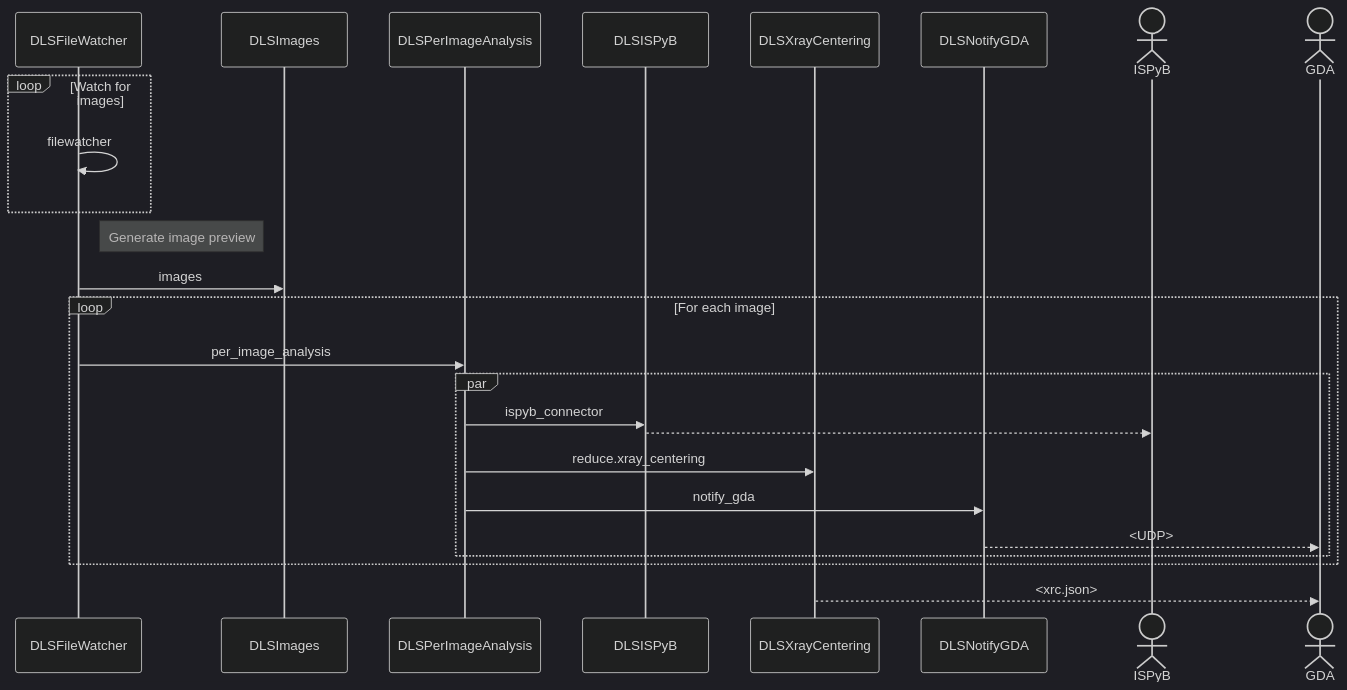
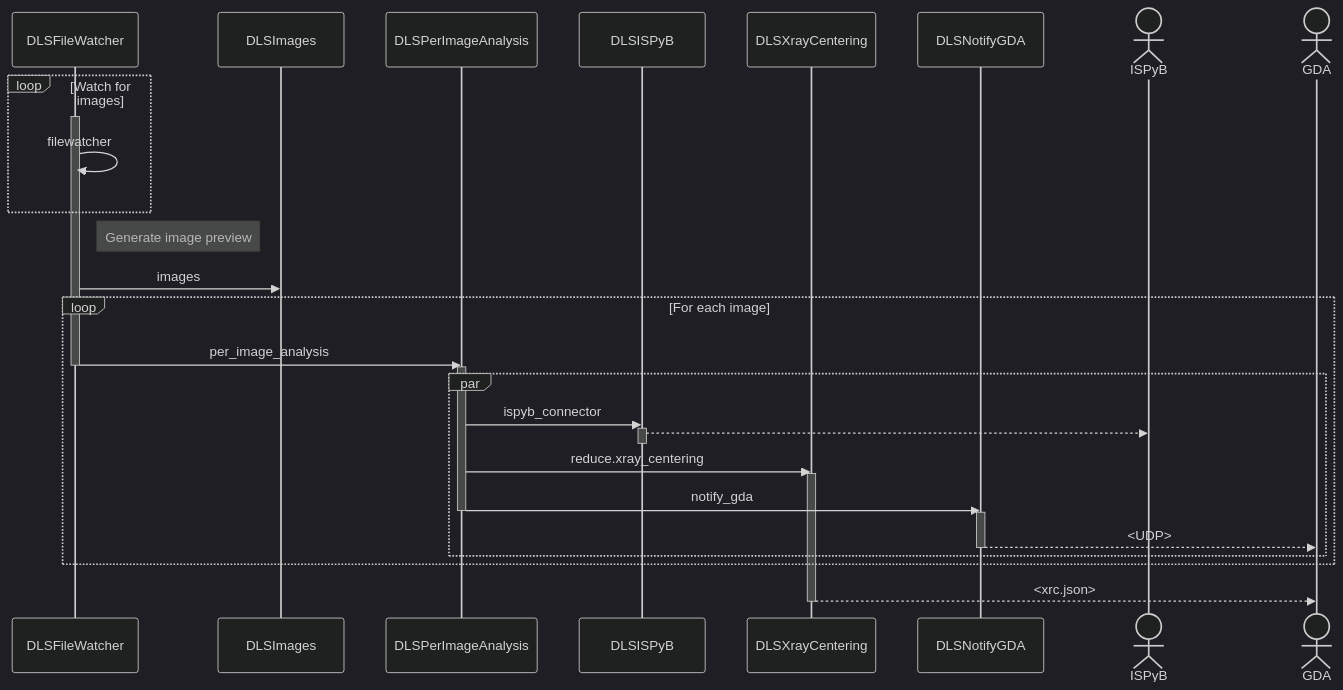
Before and after one commit to DiamondLightSource/python-dlstbx: the second of 2 diagrams in doc/zocalo/per-image-analysis.md, drawn with Mermaid (dark theme). The commit also changed other lines of this file, not shown here.

Commit message:
Use activations

````diff
--- a/doc/zocalo/per-image-analysis.md
+++ b/doc/zocalo/per-image-analysis.md
@@ -44,27 +50,37 @@
 ```mermaid
 sequenceDiagram
     participant fw as DLSFileWatcher
     participant images as DLSImages
     participant pia as DLSPerImageAnalysis
     participant ispybsvc as DLSISPyB
     participant xrc as DLSXrayCentering
     participant notify as DLSNotifyGDA
     actor ispyb as ISPyB
     actor gda as GDA
     loop Watch for images
+        activate fw
         fw->>fw: filewatcher
     end
     note right of fw: Generate image preview
     fw->>images: images
     loop For each image
         fw->>pia: per_image_analysis
+        deactivate fw
+        activate pia
         par
             pia->>ispybsvc: ispyb_connector
+            activate ispybsvc
             ispybsvc-->>ispyb: 
+            deactivate ispybsvc
             pia->>xrc: reduce.xray_centering
+            activate xrc
             pia->>notify: notify_gda
+            deactivate pia
+            activate notify
             notify-->>gda: <UDP>
+            deactivate notify
         end
     end
     xrc-->>gda: <xrc.json>
+    deactivate xrc
 ```
````
